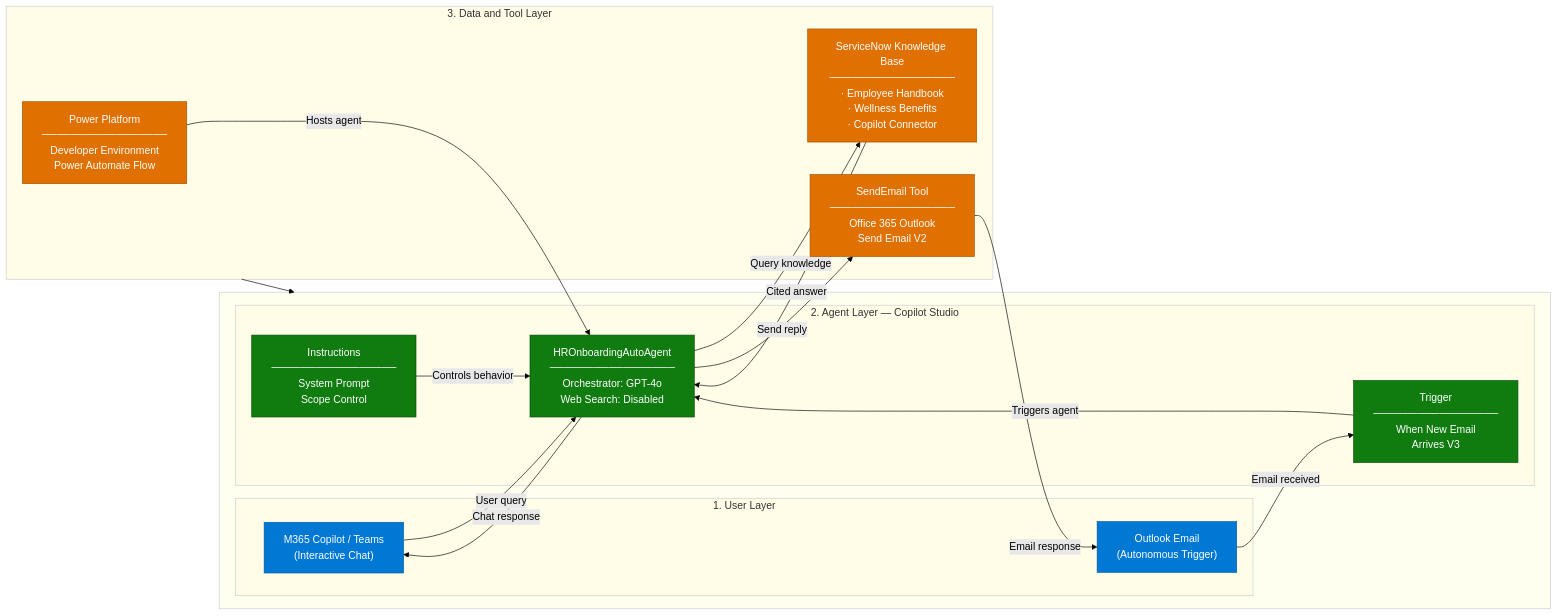
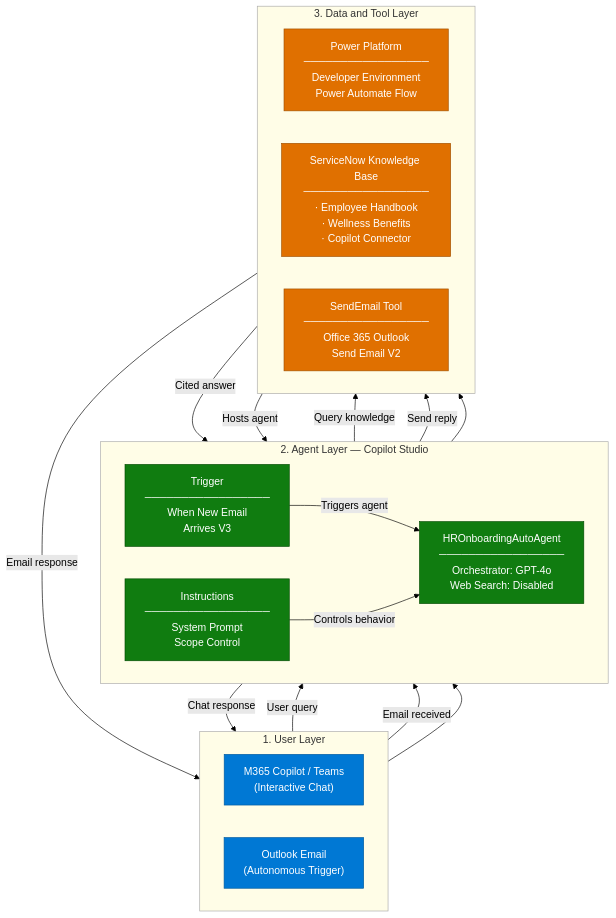
The first of 3 diagrams in 02-scenarios/HR-Onboarding-Agent/2. Architecture.md (Seungjin-Ryu/Cloud-Accelerate-Factory-for-Agents-Runbooks), drawn with Mermaid (forest theme) before and after one commit.

Commit message:
Update 2. Architecture.md

````diff
--- a/02-scenarios/HR-Onboarding-Agent/2. Architecture.md
+++ b/02-scenarios/HR-Onboarding-Agent/2. Architecture.md
@@ -11,47 +11,48 @@
 ```mermaid
-flowchart LR
-    subgraph RIGHT["&nbsp;"]
-        subgraph USER["1. User Layer"]
-            U1["M365 Copilot / Teams<br/>(Interactive Chat)"]
-            U2["Outlook Email<br/>(Autonomous Trigger)"]
-        end
+flowchart TB
+    subgraph USER["1. User Layer"]
+        direction LR
+        U1["M365 Copilot / Teams<br/>(Interactive Chat)"]
+        U2["Outlook Email<br/>(Autonomous Trigger)"]
+    end
 
-        subgraph AGENT["2. Agent Layer — Copilot Studio"]
-            IN["Instructions<br/>─────────────────<br/>System Prompt<br/>Scope Control"]
-            AG["HROnboardingAutoAgent<br/>─────────────────<br/>Orchestrator: GPT-4o<br/>Web Search: Disabled"]
-            TR["Trigger<br/>─────────────────<br/>When New Email<br/>Arrives V3"]
-        end
+    subgraph AGENT["2. Agent Layer — Copilot Studio"]
+        direction LR
+        IN["Instructions<br/>─────────────────<br/>System Prompt<br/>Scope Control"]
+        AG["HROnboardingAutoAgent<br/>─────────────────<br/>Orchestrator: GPT-4o<br/>Web Search: Disabled"]
+        TR["Trigger<br/>─────────────────<br/>When New Email<br/>Arrives V3"]
     end
 
     subgraph DATA["3. Data and Tool Layer"]
+        direction LR
         PP["Power Platform<br/>─────────────────<br/>Developer Environment<br/>Power Automate Flow"]
         KB["ServiceNow Knowledge Base<br/>─────────────────<br/>· Employee Handbook<br/>· Wellness Benefits<br/>· Copilot Connector"]
         TL["SendEmail Tool<br/>─────────────────<br/>Office 365 Outlook<br/>Send Email V2"]
     end
 
-    DATA --> RIGHT
+    USER --> AGENT
+    AGENT --> DATA
 
     U1 -->|"User query"| AG
     U2 -->|"Email received"| TR
     TR -->|"Triggers agent"| AG
     IN -->|"Controls behavior"| AG
     AG -->|"Query knowledge"| KB
     KB -->|"Cited answer"| AG
     AG -->|"Send reply"| TL
     TL -->|"Email response"| U2
     AG -->|"Chat response"| U1
     PP -->|"Hosts agent"| AG
 
     style U1 fill:#0078D4,color:#fff,stroke:#005A9E
     style U2 fill:#0078D4,color:#fff,stroke:#005A9E
     style AG fill:#107C10,color:#fff,stroke:#004B00
     style TR fill:#107C10,color:#fff,stroke:#004B00
     style IN fill:#107C10,color:#fff,stroke:#004B00
     style KB fill:#E07000,color:#fff,stroke:#A05000
     style TL fill:#E07000,color:#fff,stroke:#A05000
     style PP fill:#E07000,color:#fff,stroke:#A05000
-    style RIGHT fill:#fffff0,stroke:#ccc
-    style USER fill:#fffde7,stroke:#ccc
-    style AGENT fill:#fffde7,stroke:#ccc
-    style DATA fill:#fffde7,stroke:#ccc
+    style USER fill:#fffde7,stroke:#aaa
+    style AGENT fill:#fffde7,stroke:#aaa
+    style DATA fill:#fffde7,stroke:#aaa
 ```
````
